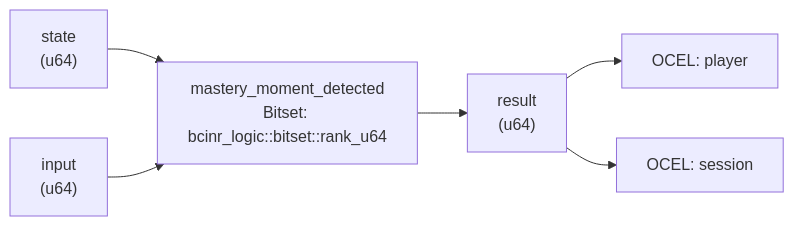
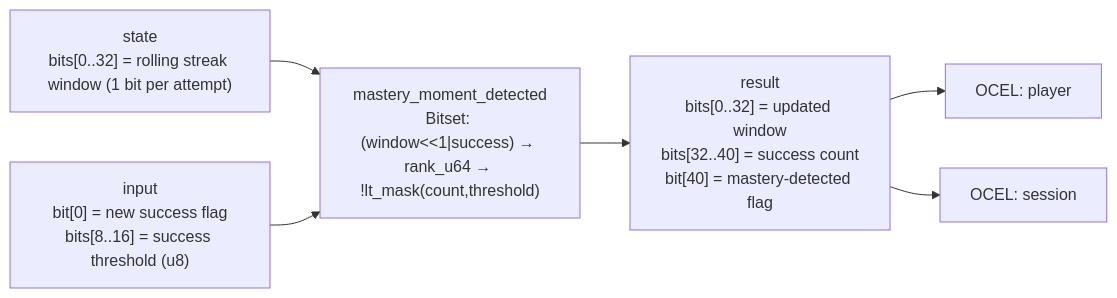
The diagram in crates/wasm4games/docs/patterns/mastery_moment_detected.md (seanchatmangpt/bcinr), drawn with Mermaid before and after one commit. The commit also changed other lines of this file and 36 other files, not shown here.

````diff
--- a/crates/wasm4games/docs/patterns/mastery_moment_detected.md
+++ b/crates/wasm4games/docs/patterns/mastery_moment_detected.md
@@ -56,14 +38,14 @@
 ```mermaid
 graph LR
-    state["state\n(u64)"]
-    input["input\n(u64)"]
-    kernel["mastery_moment_detected\nBitset: bcinr_logic::bitset::rank_u64"]
-    result["result\n(u64)"]
+    state["state\nbits[0..32] = rolling streak window (1 bit per attempt)"]
+    input["input\nbit[0] = new success flag\nbits[8..16] = success threshold (u8)"]
+    kernel["mastery_moment_detected\nBitset: (window<<1|success) → rank_u64 → !lt_mask(count,threshold)"]
+    result["result\nbits[0..32] = updated window\nbits[32..40] = success count\nbit[40] = mastery-detected flag"]
     state --> kernel
     input --> kernel
     kernel --> result
     ocel_0["OCEL: player"]
     result --> ocel_0
     ocel_1["OCEL: session"]
     result --> ocel_1
 ```
````
